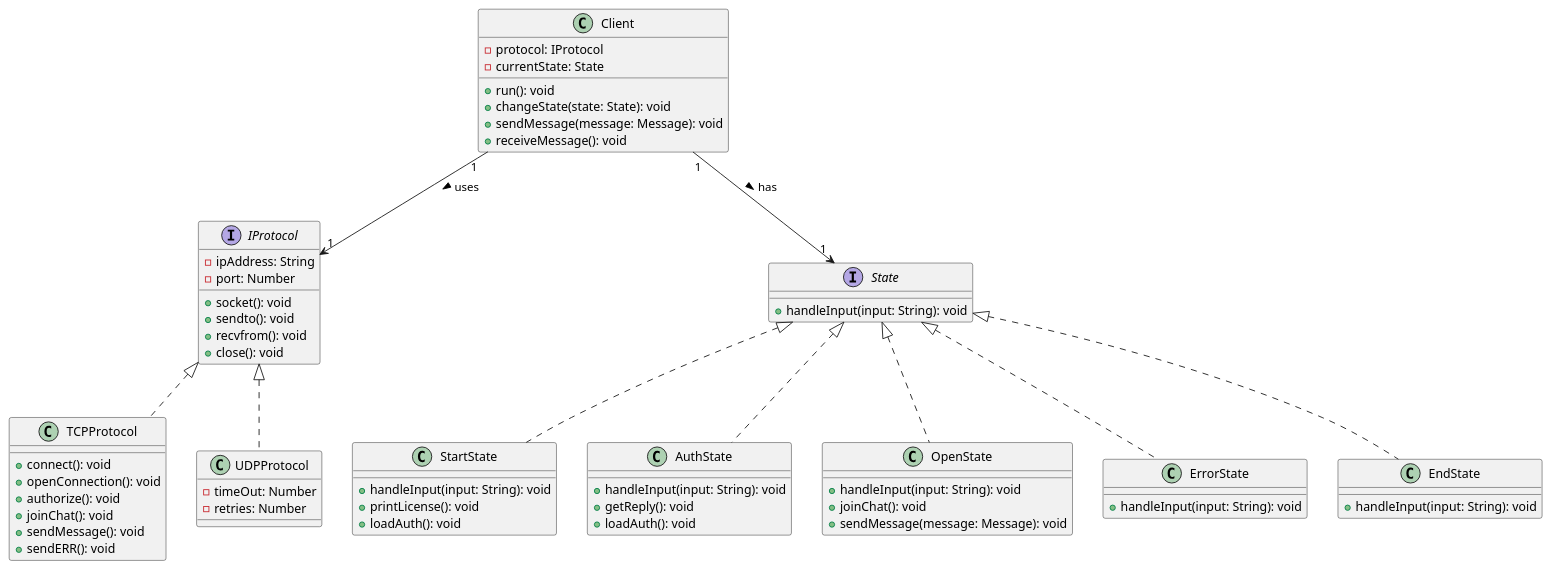
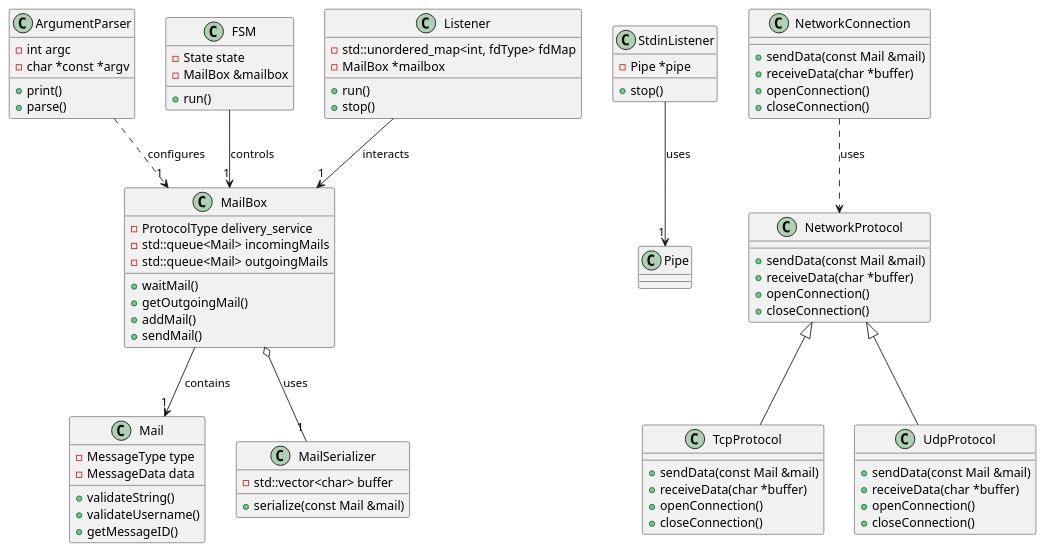
The diagram in doc/src/class_diagram.puml (jakubvsetecka/tcp-udp-chat-server), drawn with PlantUML before and after one commit. The commit also changed 6 other files, not shown here.

```diff
--- a/doc/src/class_diagram.puml
+++ b/doc/src/class_diagram.puml
@@ -1,68 +1,90 @@
-@startuml class_diagram
+@startuml
 
-interface IProtocol {
-    -ipAddress: String
-    -port: Number
-    +socket(): void
-    +sendto(): void
-    +recvfrom(): void
-    +close(): void
+class Mail {
+  -MessageType type
+  -MessageData data
+  +validateString()
+  +validateUsername()
+  +getMessageID()
 }
 
-class TCPProtocol implements IProtocol {
-    +connect(): void
-    +openConnection(): void
-    +authorize(): void
-    +joinChat(): void
-    +sendMessage(): void
-    +sendERR(): void
+class MailBox {
+  -ProtocolType delivery_service
+  -std::queue<Mail> incomingMails
+  -std::queue<Mail> outgoingMails
+  +waitMail()
+  +getOutgoingMail()
+  +addMail()
+  +sendMail()
 }
 
-class UDPProtocol implements IProtocol {
-    -timeOut: Number
-    -retries: Number
+class MailSerializer {
+  -std::vector<char> buffer
+  +serialize(const Mail &mail)
 }
 
-class Client {
-    -protocol: IProtocol
-    -currentState: State
-    +run(): void
-    +changeState(state: State): void
-    +sendMessage(message: Message): void
-    +receiveMessage(): void
+class ArgumentParser {
+  -int argc
+  -char *const *argv
+  +print()
+  +parse()
 }
 
-interface State {
-    +handleInput(input: String): void
+class FSM {
+  -State state
+  -MailBox &mailbox
+  +run()
 }
 
-class StartState implements State {
-    +handleInput(input: String): void
-    +printLicense(): void
-    +loadAuth(): void
+class Listener {
+  -std::unordered_map<int, fdType> fdMap
+  -MailBox *mailbox
+  +run()
+  +stop()
 }
 
-class AuthState implements State {
-    +handleInput(input: String): void
-    +getReply(): void
-    +loadAuth(): void
+class StdinListener {
+  -Pipe *pipe
+  +stop()
 }
 
-class OpenState implements State {
-    +handleInput(input: String): void
-    +joinChat(): void
-    +sendMessage(message: Message): void
+class NetworkProtocol {
+  {abstract}
+  +sendData(const Mail &mail)
+  +receiveData(char *buffer)
+  +openConnection()
+  +closeConnection()
 }
 
-class ErrorState implements State {
-    +handleInput(input: String): void
+class TcpProtocol {
+  +sendData(const Mail &mail)
+  +receiveData(char *buffer)
+  +openConnection()
+  +closeConnection()
 }
 
-class EndState implements State {
-    +handleInput(input: String): void
+class UdpProtocol {
+  +sendData(const Mail &mail)
+  +receiveData(char *buffer)
+  +openConnection()
+  +closeConnection()
 }
 
-Client "1" --> "1" IProtocol : uses >
-Client "1" --> "1" State : has >
+class NetworkConnection {
+  +sendData(const Mail &mail)
+  +receiveData(char *buffer)
+  +openConnection()
+  +closeConnection()
+}
+
+NetworkProtocol <|-down- TcpProtocol
+NetworkProtocol <|-down- UdpProtocol
+MailBox --> "1" Mail : contains
+MailBox o-- "1" MailSerializer : uses
+Listener --> "1" MailBox : interacts
+StdinListener --> "1" Pipe : uses
+FSM --> "1" MailBox : controls
+ArgumentParser ..> "1" MailBox : configures
+NetworkConnection ..> NetworkProtocol : uses
 
 @enduml
```
